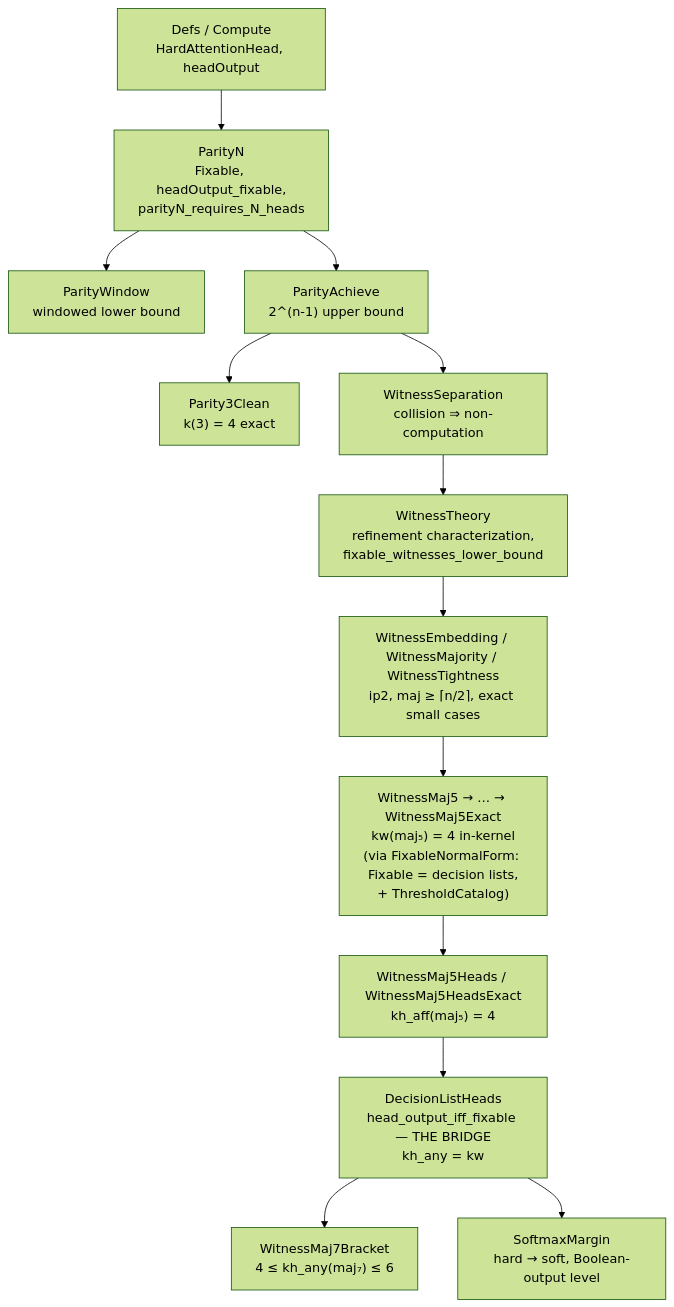
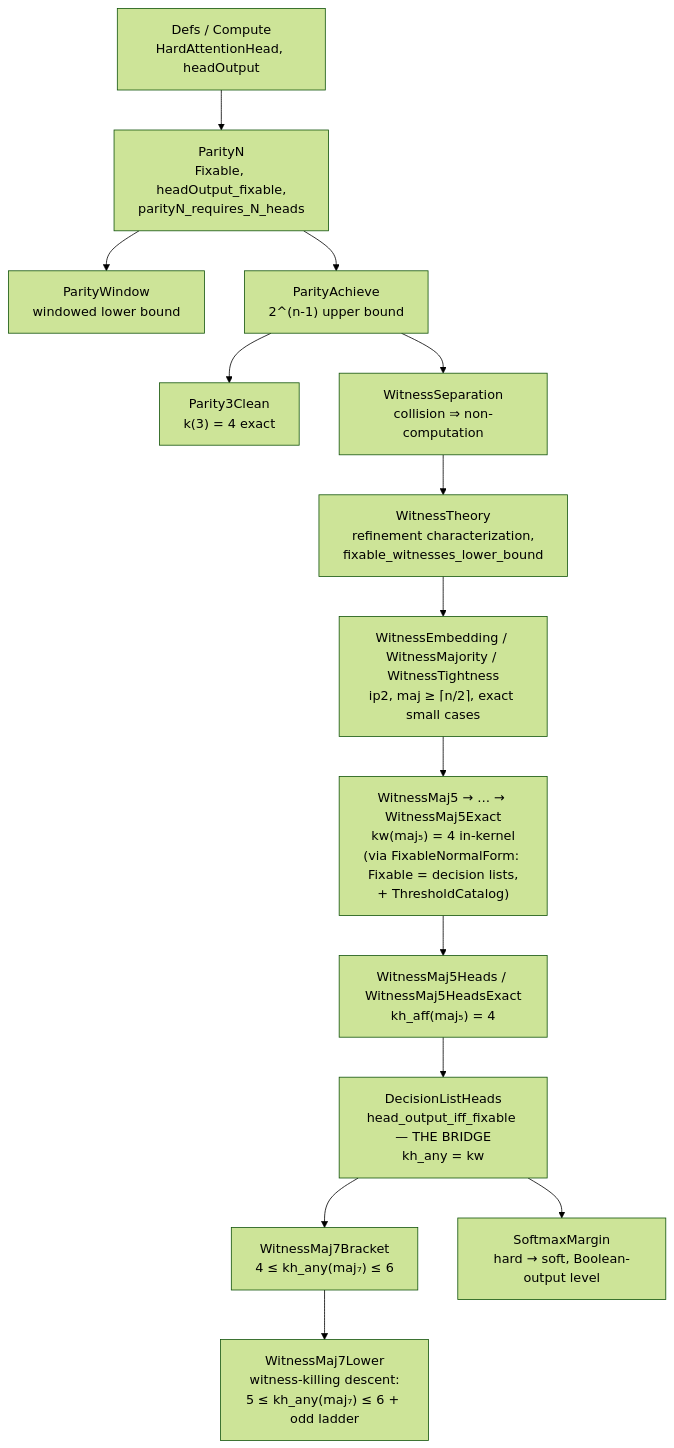
The diagram in README.md (velvetmonkey/attention-lean), drawn with Mermaid (forest theme) before and after one commit. The commit also changed other lines of this file and 3 other files, not shown here.

First line of the commit message:
feat: maj7 bracket tightens to [5,6] — witness-killing descent, no enumeration

````diff
--- a/README.md
+++ b/README.md
@@ -147,15 +154,16 @@
 ```mermaid
 flowchart TD
     D["Defs / Compute<br/>HardAttentionHead, headOutput"] --> PN["ParityN<br/>Fixable, headOutput_fixable,<br/>parityN_requires_N_heads"]
     PN --> PW["ParityWindow<br/>windowed lower bound"]
     PN --> PA["ParityAchieve<br/>2^(n-1) upper bound"]
     PA --> P3["Parity3Clean<br/>k(3) = 4 exact"]
     PA --> WS["WitnessSeparation<br/>collision ⇒ non-computation"]
     WS --> WT["WitnessTheory<br/>refinement characterization,<br/>fixable_witnesses_lower_bound"]
     WT --> WM["WitnessEmbedding / WitnessMajority / WitnessTightness<br/>ip2, maj ≥ ⌈n/2⌉, exact small cases"]
     WM --> M5["WitnessMaj5 → … → WitnessMaj5Exact<br/>kw(maj₅) = 4 in-kernel<br/>(via FixableNormalForm: Fixable = decision lists,<br/>+ ThresholdCatalog)"]
     M5 --> M5H["WitnessMaj5Heads / WitnessMaj5HeadsExact<br/>kh_aff(maj₅) = 4"]
     M5H --> DL["DecisionListHeads<br/>head_output_iff_fixable — THE BRIDGE<br/>kh_any = kw"]
     DL --> M7["WitnessMaj7Bracket<br/>4 ≤ kh_any(maj₇) ≤ 6"]
+    M7 --> M7L["WitnessMaj7Lower<br/>witness-killing descent:<br/>5 ≤ kh_any(maj₇) ≤ 6 + odd ladder"]
     DL --> SM["SoftmaxMargin<br/>hard → soft, Boolean-output level"]
 ```
````
